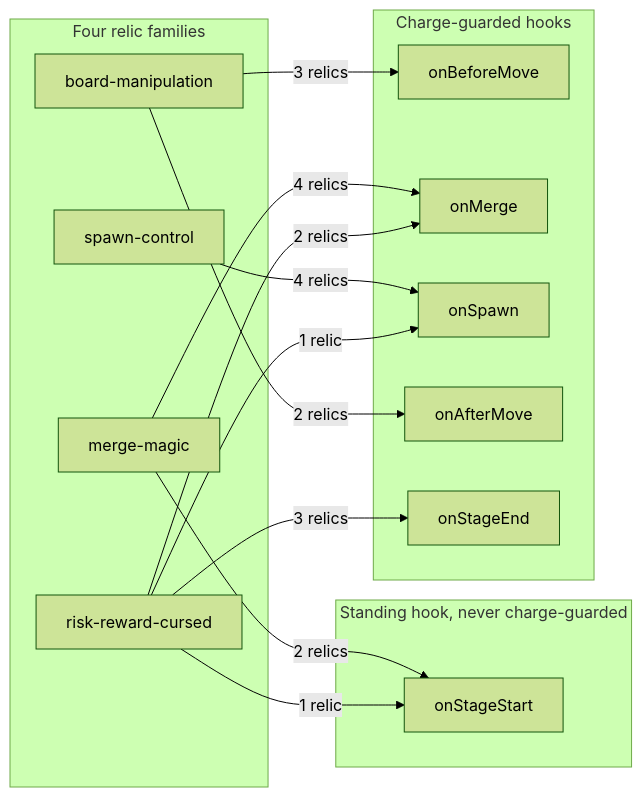
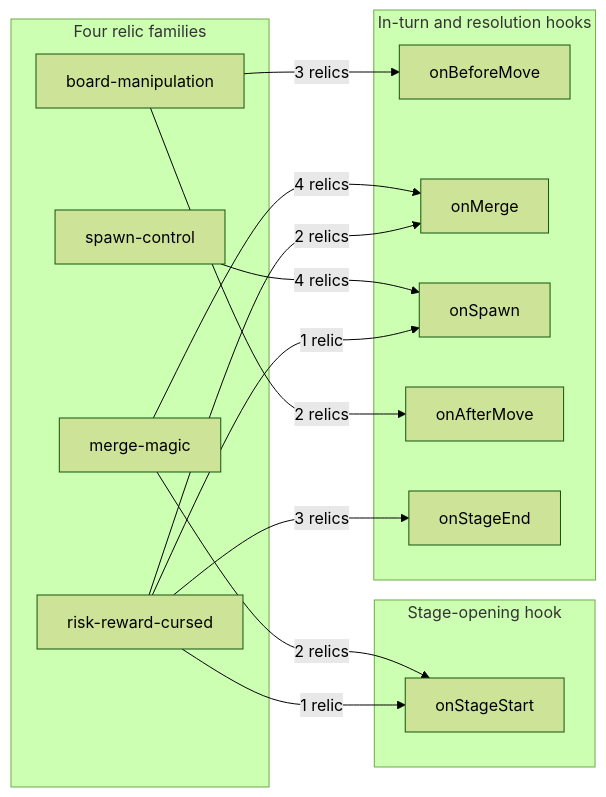
Before and after one commit to blitzy-public-samples/2048: the diagram in docs/RELICS.md, drawn with Mermaid (forest theme). The commit also changed other lines of this file and 109 other files, not shown here.

````diff
--- a/docs/RELICS.md
+++ b/docs/RELICS.md
@@ -226,28 +226,28 @@
 ```mermaid
 graph LR
     subgraph FAMILIES["Four relic families"]
         SC["spawn-control"]
         MM["merge-magic"]
         BM["board-manipulation"]
         RR["risk-reward-cursed"]
     end
-    subgraph STANDING["Standing hook, never charge-guarded"]
+    subgraph OPENING["Stage-opening hook"]
         H1["onStageStart"]
     end
-    subgraph GUARDED["Charge-guarded hooks"]
+    subgraph TURN["In-turn and resolution hooks"]
         H2["onBeforeMove"]
         H3["onMerge"]
         H4["onSpawn"]
         H5["onAfterMove"]
         H6["onStageEnd"]
     end
     SC -->|"4 relics"| H4
     MM -->|"2 relics"| H1
     MM -->|"4 relics"| H3
     BM -->|"3 relics"| H2
     BM -->|"2 relics"| H5
     RR -->|"1 relic"| H1
     RR -->|"2 relics"| H3
     RR -->|"1 relic"| H4
     RR -->|"3 relics"| H6
 ```
````
